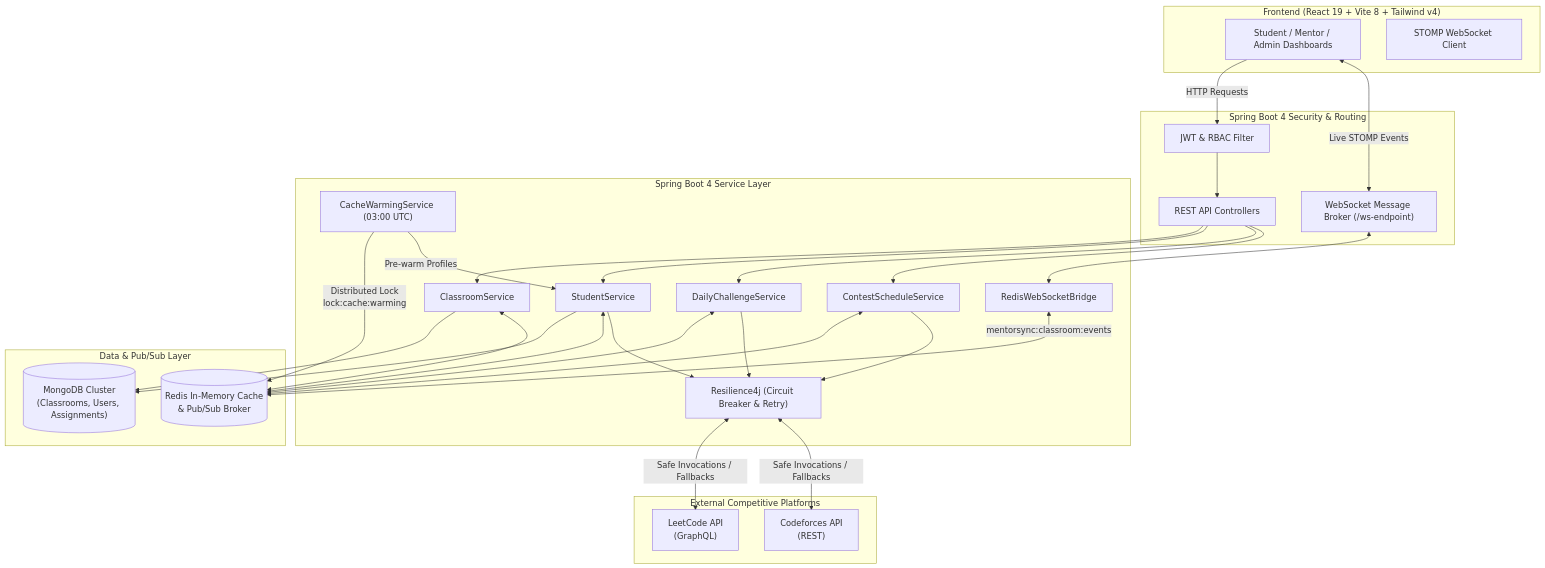
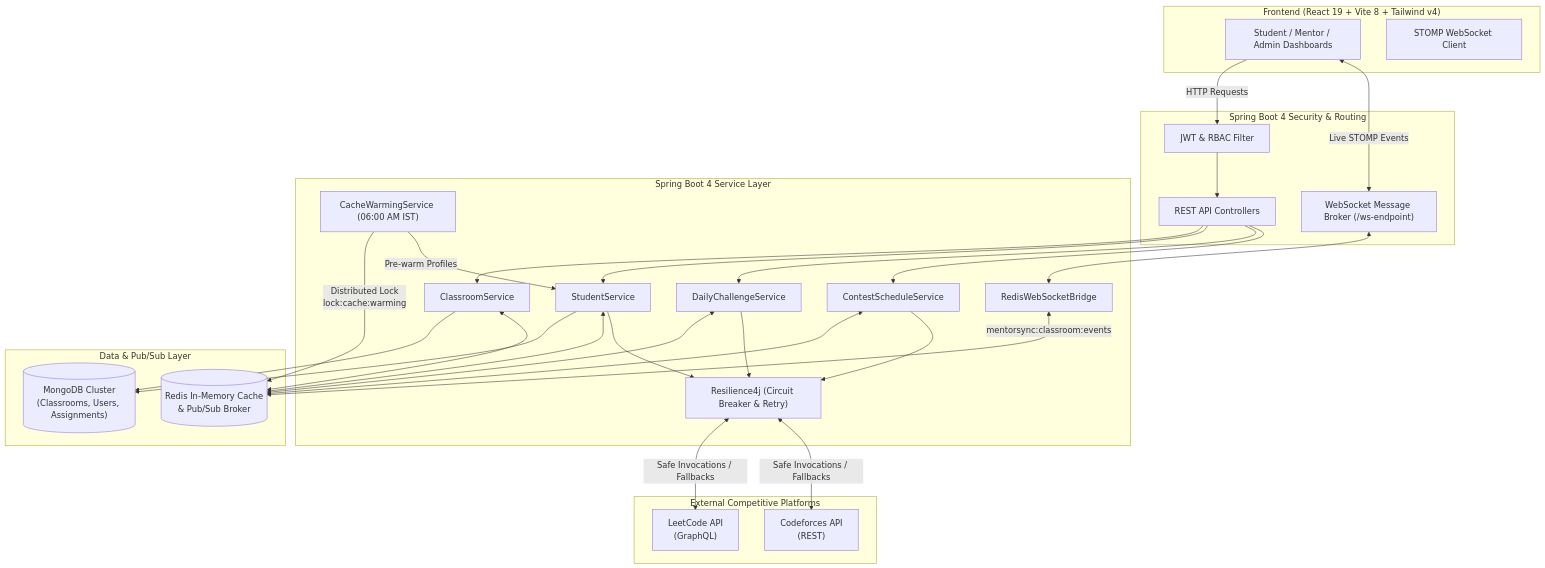
Before and after one commit to varunkushwah31/Leetcode-Tracker-Frontend: the diagram in README.md, drawn with Mermaid. The commit also changed other lines of this file and 12 other files, not shown here.

````diff
--- a/README.md
+++ b/README.md
@@ -80,49 +80,49 @@
 ```mermaid
 flowchart TD
     subgraph Client["Frontend (React 19 + Vite 8 + Tailwind v4)"]
         UI["Student / Mentor / Admin Dashboards"]
         STOMP["STOMP WebSocket Client"]
     end
 
     subgraph Gateway["Spring Boot 4 Security & Routing"]
         SEC["JWT & RBAC Filter"]
         REST["REST API Controllers"]
         WS["WebSocket Message Broker (/ws-endpoint)"]
     end
 
     subgraph Core["Spring Boot 4 Service Layer"]
         CS["ClassroomService"]
         SS["StudentService"]
         DCS["DailyChallengeService"]
         CSS["ContestScheduleService"]
-        CWS["CacheWarmingService (03:00 UTC)"]
+        CWS["CacheWarmingService (06:00 AM IST)"]
         RWB["RedisWebSocketBridge"]
         R4J["Resilience4j (Circuit Breaker & Retry)"]
     end
 
     subgraph Data["Data & Pub/Sub Layer"]
         MONGO[("MongoDB Cluster\n(Classrooms, Users, Assignments)")]
         REDIS[("Redis In-Memory Cache\n& Pub/Sub Broker")]
     end
 
     subgraph External["External Competitive Platforms"]
         LC["LeetCode API\n(GraphQL)"]
         CF["Codeforces API\n(REST)"]
     end
 
     UI -->|"HTTP Requests"| SEC
     UI <-->|"Live STOMP Events"| WS
     SEC --> REST
     REST --> CS & SS & DCS & CSS
     WS <--> RWB
 
     CS & SS --> MONGO
     CS & SS & DCS & CSS <--> REDIS
     CWS -->|"Distributed Lock\nlock:cache:warming"| REDIS
     CWS -->|"Pre-warm Profiles"| SS
 
     RWB <-->|"mentorsync:classroom:events"| REDIS
 
     SS & DCS & CSS --> R4J
     R4J <-->|"Safe Invocations / Fallbacks"| LC & CF
 ```
````
